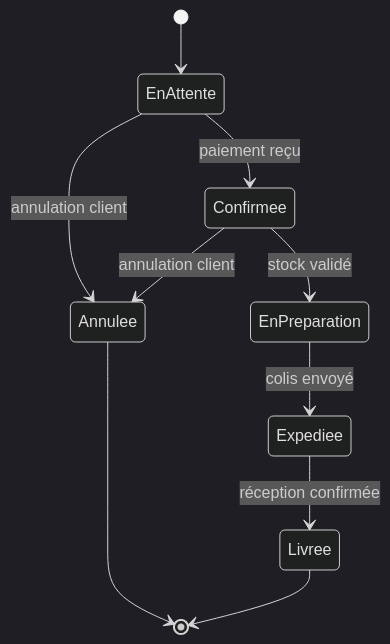
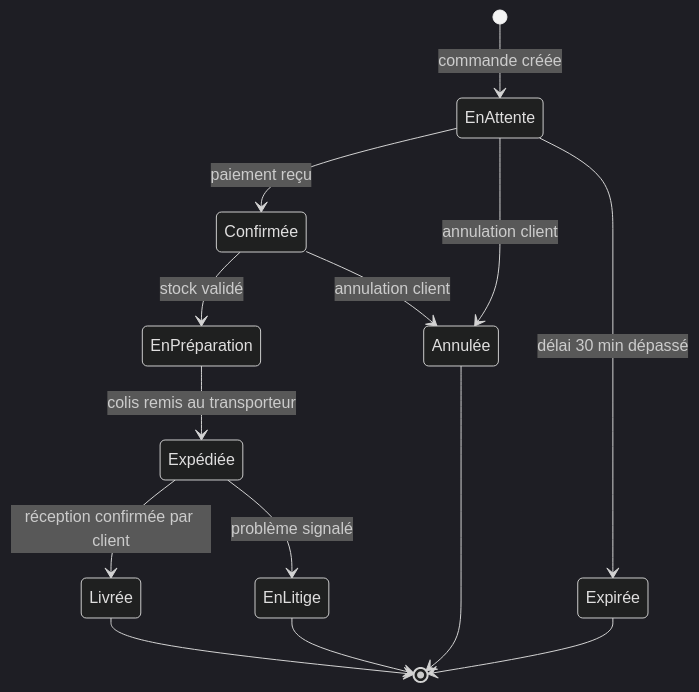
Before and after one commit to JR-CIEL-2-PROGRAMMATION/uml-learning: the second of 4 diagrams in 06-diagramme-etats/notes.md, drawn with Mermaid (dark theme). The commit also changed other lines of this file and 5 other files, not shown here.

````diff
--- a/06-diagramme-etats/notes.md
+++ b/06-diagramme-etats/notes.md
@@ -21,12 +83,20 @@
 ```mermaid
 stateDiagram-v2
-    [*] --> EnAttente
-    EnAttente --> Confirmee : paiement reçu
-    EnAttente --> Annulee : annulation client
-    Confirmee --> EnPreparation : stock validé
-    EnPreparation --> Expediee : colis envoyé
-    Expediee --> Livree : réception confirmée
-    Confirmee --> Annulee : annulation client
-    Annulee --> [*]
-    Livree --> [*]
+    [*] --> EnAttente : commande créée
+
+    EnAttente --> Confirmée : paiement reçu
+    EnAttente --> Annulée : annulation client
+    EnAttente --> Expirée : délai 30 min dépassé
+
+    Confirmée --> EnPréparation : stock validé
+    Confirmée --> Annulée : annulation client
+
+    EnPréparation --> Expédiée : colis remis au transporteur
+    Expédiée --> Livrée : réception confirmée par client
+    Expédiée --> EnLitige : problème signalé
+
+    Annulée --> [*]
+    Expirée --> [*]
+    Livrée --> [*]
+    EnLitige --> [*]
 ```
````
